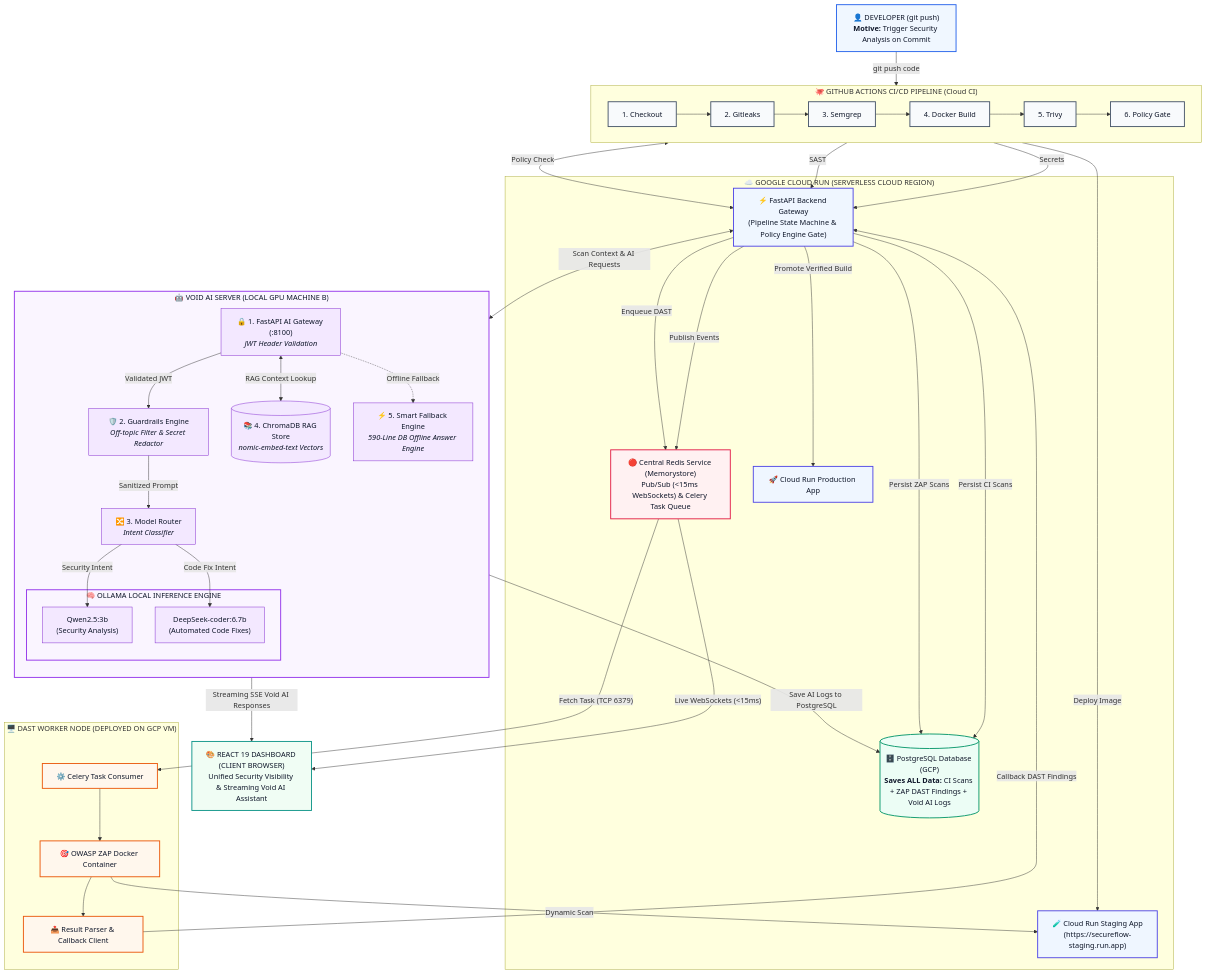
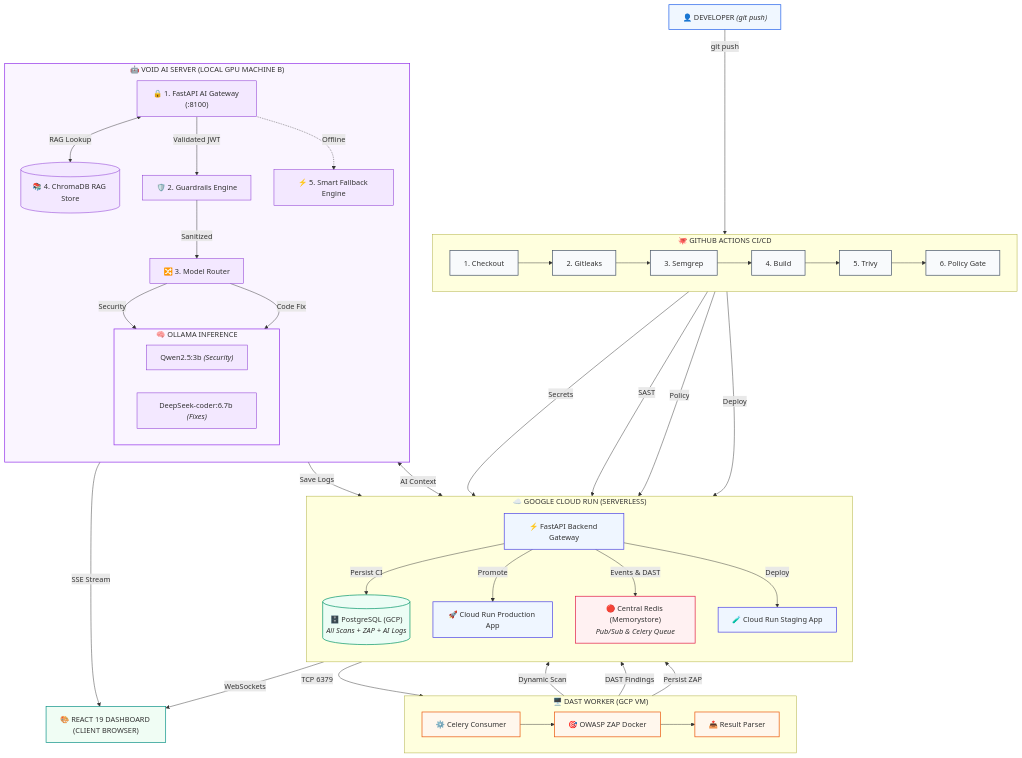
One commit to abhienix/SecureFlow changed the diagram in README.md. Above: the diagram before and after it, drawn with Mermaid.

Commit message:
docs: clean structured grid architecture flowchart

````diff
--- a/README.md
+++ b/README.md
@@ -25,94 +25,82 @@
 ```mermaid
 flowchart TD
-    %% 1. DEVELOPER TRIGGER
-    Dev["👤 DEVELOPER (git push)<br/><b>Motive:</b> Trigger Security Analysis on Commit"]
+    %% TOP LEVEL LAYOUT
+    Dev["👤 DEVELOPER <i>(git push)</i>"]
 
-    %% 2. GITHUB ACTIONS PIPELINE (Cloud CI)
-    subgraph CI["🐙 GITHUB ACTIONS CI/CD PIPELINE (Cloud CI)"]
+    subgraph CI["🐙 GITHUB ACTIONS CI/CD"]
         direction LR
-        S1["1. Checkout"] --> S2["2. Gitleaks"] --> S3["3. Semgrep"] --> S4["4. Docker Build"] --> S5["5. Trivy"] --> S6["6. Policy Gate"]
+        S1["1. Checkout"] --> S2["2. Gitleaks"] --> S3["3. Semgrep"] --> S4["4. Build"] --> S5["5. Trivy"] --> S6["6. Policy Gate"]
     end
 
-    %% 3. GOOGLE CLOUD RUN SERVICES & DATABASE
-    subgraph CLOUD_RUN["☁️ GOOGLE CLOUD RUN (SERVERLESS CLOUD REGION)"]
-        BE["⚡ FastAPI Backend Gateway<br/>(Pipeline State Machine & Policy Engine Gate)"]
-        PG[("🗄️ PostgreSQL Database (GCP)<br/><b>Saves ALL Data:</b> CI Scans + ZAP DAST Findings + Void AI Logs")]
-        RD["🔴 Central Redis Service (Memorystore)<br/>Pub/Sub (&lt;15ms WebSockets) & Celery Task Queue"]
-        STG["🧪 Cloud Run Staging App<br/>(https://secureflow-staging.run.app)"]
-        PROD["🚀 Cloud Run Production App"]
+    subgraph GCP_VM["🖥️ DAST WORKER (GCP VM)"]
+        direction LR
+        CELERY["⚙️ Celery Consumer"] --> ZAP["🎯 OWASP ZAP Docker"] --> CALLBACK["📤 Result Parser"]
     end
 
-    %% 4. GCP VM WORKER NODE (DAST EXECUTION)
-    subgraph GCP_VM["🖥️ DAST WORKER NODE (DEPLOYED ON GCP VM)"]
-        CELERY["⚙️ Celery Task Consumer"]
-        ZAP["🎯 OWASP ZAP Docker Container"]
-        CALLBACK["📤 Result Parser & Callback Client"]
+    subgraph CLOUD_RUN["☁️ GOOGLE CLOUD RUN (SERVERLESS)"]
+        direction TB
+        BE["⚡ FastAPI Backend Gateway"]
+        PG[("🗄️ PostgreSQL (GCP)<br/><i>All Scans + ZAP + AI Logs</i>")]
+        PROD["🚀 Cloud Run Production App"]
+        RD["🔴 Central Redis (Memorystore)<br/><i>Pub/Sub & Celery Queue</i>"]
+        STG["🧪 Cloud Run Staging App"]
         
-        CELERY --> ZAP --> CALLBACK
+        BE -->|"Persist CI"| PG
+        BE -->|"Promote"| PROD
+        BE -->|"Events & DAST"| RD
+        BE -->|"Deploy"| STG
     end
 
-    %% 5. VOID AI SERVER (LOCAL GPU MACHINE B)
     subgraph GPU_VM["🤖 VOID AI SERVER (LOCAL GPU MACHINE B)"]
         direction TB
-        AI_GW["🔒 1. FastAPI AI Gateway (:8100)<br/><i>JWT Header Validation</i>"]
-        GRD["🛡️ 2. Guardrails Engine<br/><i>Off-topic Filter & Secret Redactor</i>"]
-        MR["🔀 3. Model Router<br/><i>Intent Classifier</i>"]
+        AI_GW["🔒 1. FastAPI AI Gateway (:8100)"]
+        CDB[("📚 4. ChromaDB RAG Store")]
+        GRD["🛡️ 2. Guardrails Engine"]
+        MR["🔀 3. Model Router"]
+        FALLBACK["⚡ 5. Smart Fallback Engine"]
         
-        subgraph OLLAMA_BOX["🧠 OLLAMA LOCAL INFERENCE ENGINE"]
-            QWEN["Qwen2.5:3b<br/>(Security Analysis)"]
-            DEEPSEEK["DeepSeek-coder:6.7b<br/>(Automated Code Fixes)"]
+        subgraph OLLAMA["🧠 OLLAMA INFERENCE"]
+            direction LR
+            QWEN["Qwen2.5:3b <i>(Security)</i>"]
+            DEEPSEEK["DeepSeek-coder:6.7b <i>(Fixes)</i>"]
         end
 
-        CDB[("📚 4. ChromaDB RAG Store<br/><i>nomic-embed-text Vectors</i>")]
-        FALLBACK["⚡ 5. Smart Fallback Engine<br/><i>590-Line DB Offline Answer Engine</i>"]
-
-        %% INTERNAL AI WORKFLOW CONNECTIONS
-        AI_GW -->|"Validated JWT"| GRD
-        GRD -->|"Sanitized Prompt"| MR
-        MR -->|"Security Intent"| QWEN
-        MR -->|"Code Fix Intent"| DEEPSEEK
-        AI_GW <-->|"RAG Context Lookup"| CDB
-        AI_GW -.->|"Offline Fallback"| FALLBACK
+        AI_GW <-->|"RAG Lookup"| CDB
+        AI_GW -->|"Validated JWT"| GRD -->|"Sanitized"| MR
+        AI_GW -.->|"Offline"| FALLBACK
+        MR -->|"Security"| QWEN
+        MR -->|"Code Fix"| DEEPSEEK
     end
 
-    %% 6. CLIENT BROWSER DASHBOARD
-    FE["🎨 REACT 19 DASHBOARD (CLIENT BROWSER)<br/>Unified Security Visibility & Streaming Void AI Assistant"]
+    FE["🎨 REACT 19 DASHBOARD (CLIENT BROWSER)"]
 
-    %% EXTERNAL DATA FLOW CONNECTIONS
-    Dev -->|"git push code"| S1
-
+    %% CROSS-BOX CONNECTIONS
+    Dev -->|"git push"| S1
     S2 -->|"Secrets"| BE
     S3 -->|"SAST"| BE
-    S5 <-->|"Policy Check"| BE
-    S6 -->|"Deploy Image"| STG
+    S5 -->|"Policy"| BE
+    S6 -->|"Deploy"| STG
 
-    BE -->|"Persist CI Scans"| PG
-    BE -->|"Publish Events"| RD
-    BE -->|"Enqueue DAST"| RD
+    RD -->|"TCP 6379"| CELERY
+    ZAP -->|"Dynamic Scan"| STG
+    CALLBACK -->|"DAST Findings"| BE
+    CALLBACK -->|"Persist ZAP"| PG
 
-    RD -->|"Fetch Task (TCP 6379)"| CELERY
-    ZAP -->|"Dynamic Scan"| STG
-    CALLBACK -->|"Callback DAST Findings"| BE
-    BE -->|"Persist ZAP Scans"| PG
+    BE <-->|"AI Context"| AI_GW
+    AI_GW -->|"Save Logs"| PG
+    AI_GW -->|"SSE Stream"| FE
+    RD -->|"WebSockets"| FE
 
-    %% AI SERVER DATA FLOWS
-    BE <-->|"Scan Context & AI Requests"| AI_GW
-    AI_GW -->|"Save AI Logs to PostgreSQL"| PG
-    AI_GW -->|"Streaming SSE Void AI Responses"| FE
-    RD -->|"Live WebSockets (&lt;15ms)"| FE
-
-    BE -->|"Promote Verified Build"| PROD
-
-    %% ELEGANT EXECUTIVE LIGHT PASTEL ACCENT COLOR PALETTE!
-    classDef devStyle fill:#f0f7ff,stroke:#2563eb,stroke-width:2px,color:#0f172a;
-    classDef ciStyle fill:#f8fafc,stroke:#475569,stroke-width:2px,color:#0f172a;
-    classDef beStyle fill:#eff6ff,stroke:#4f46e5,stroke-width:2px,color:#0f172a;
-    classDef dbStyle fill:#ecfdf5,stroke:#059669,stroke-width:2px,color:#0f172a;
-    classDef redisStyle fill:#fff1f2,stroke:#e11d48,stroke-width:2px,color:#0f172a;
-    classDef gcpStyle fill:#fff7ed,stroke:#ea580c,stroke-width:2px,color:#0f172a;
-    classDef gpuStyle fill:#faf5ff,stroke:#9333ea,stroke-width:2px,color:#0f172a;
-    classDef aiInternal fill:#f3e8ff,stroke:#7e22ce,stroke-width:1px,color:#0f172a;
-    classDef feStyle fill:#f0fdf4,stroke:#0d9488,stroke-width:2px,color:#0f172a;
+    %% STYLING
+    classDef devStyle fill:#f0f7ff,stroke:#2563eb,stroke-width:1.5px;
+    classDef ciStyle fill:#f8fafc,stroke:#475569,stroke-width:1.5px;
+    classDef beStyle fill:#eff6ff,stroke:#4f46e5,stroke-width:1.5px;
+    classDef dbStyle fill:#ecfdf5,stroke:#059669,stroke-width:1.5px;
+    classDef redisStyle fill:#fff1f2,stroke:#e11d48,stroke-width:1.5px;
+    classDef gcpStyle fill:#fff7ed,stroke:#ea580c,stroke-width:1.5px;
+    classDef gpuStyle fill:#faf5ff,stroke:#9333ea,stroke-width:1.5px;
+    classDef aiInternal fill:#f3e8ff,stroke:#7e22ce,stroke-width:1px;
+    classDef feStyle fill:#f0fdf4,stroke:#0d9488,stroke-width:1.5px;
 
     class Dev devStyle
     class S1,S2,S3,S4,S5,S6 ciStyle
@@ -120,7 +108,7 @@
     class PG dbStyle
     class RD redisStyle
     class CELERY,ZAP,CALLBACK gcpStyle
-    class GPU_VM,OLLAMA_BOX gpuStyle
+    class GPU_VM,OLLAMA gpuStyle
     class AI_GW,GRD,MR,QWEN,DEEPSEEK,CDB,FALLBACK aiInternal
     class FE feStyle
 ```
````
